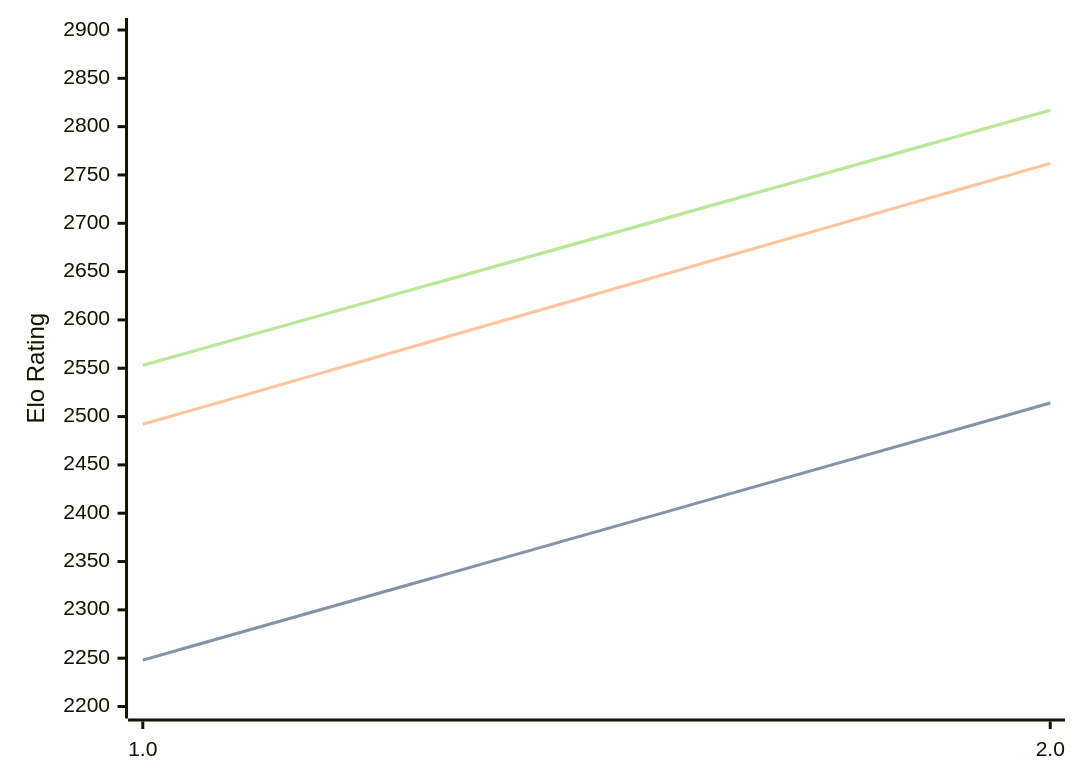
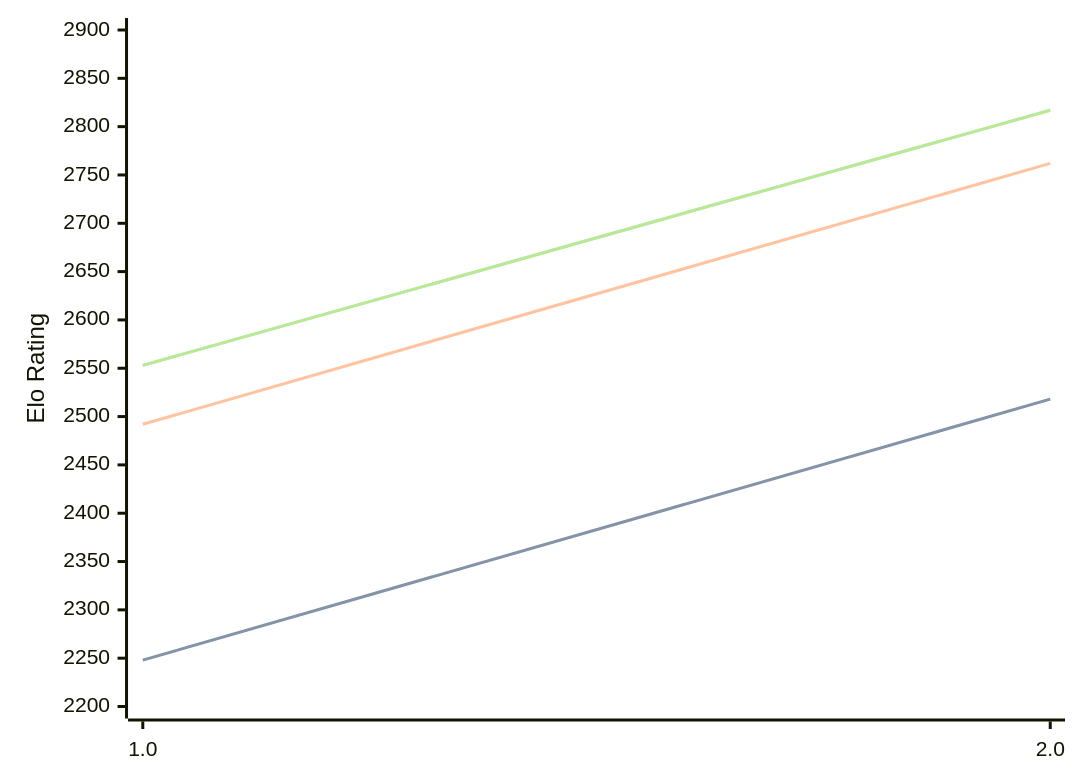
Before and after one commit to computer-chess-index/cci: the diagram in engines/Revolver.md, drawn with Mermaid. The commit also changed other lines of this file, not shown here.

````diff
--- a/engines/Revolver.md
+++ b/engines/Revolver.md
@@ -32,11 +32,11 @@
 ```mermaid
 %%{init: {"theme":"base","themeVariables":{"seriesColors:['#a3a3a3','#222221','#faa371']}}}%%
 xychart-beta
   x-axis ["1.0", "2.0"]
   y-axis "Elo Rating" 2200 --> 2900
-  line "STC (8.0+0.08s)" [2248, 2514]
-  line "STC (8.0+0.08s)" [2248, 2514]
+  line "STC (8.0+0.08s)" [2248, 2518]
+  line "STC (8.0+0.08s)" [2248, 2518]
   line "LTC (60.0+0.60s)" [2492, 2762]
   line "VLTC (2m24s+1.12s)" [2553, 2817]
   line "VLTC (2m24s+1.12s)" [2553, 2817]
 ```
````
